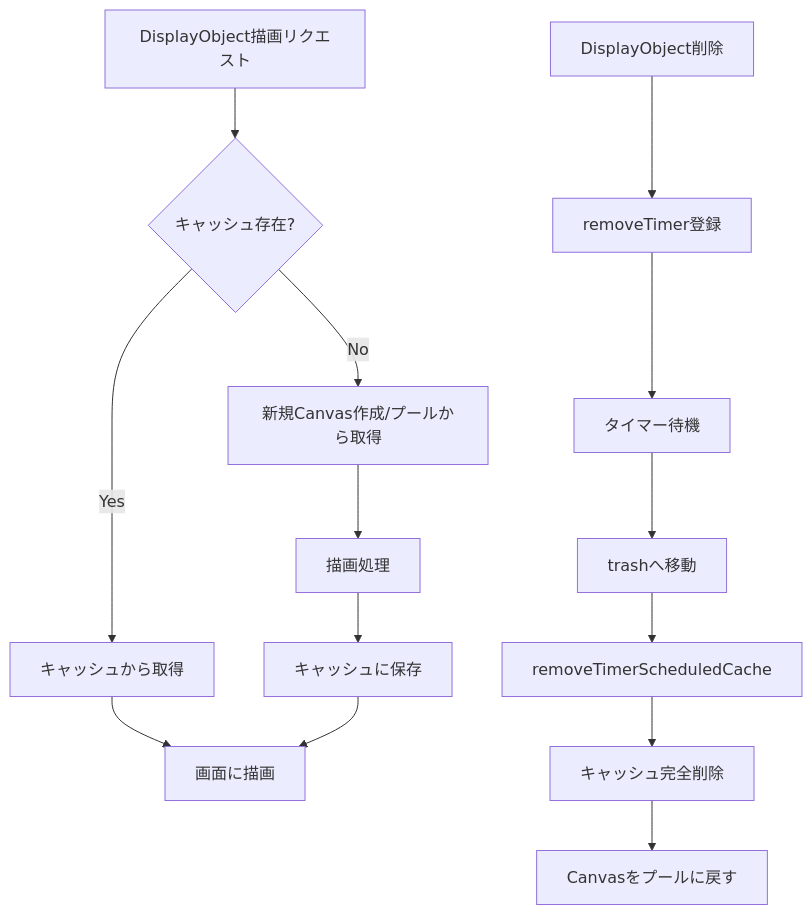
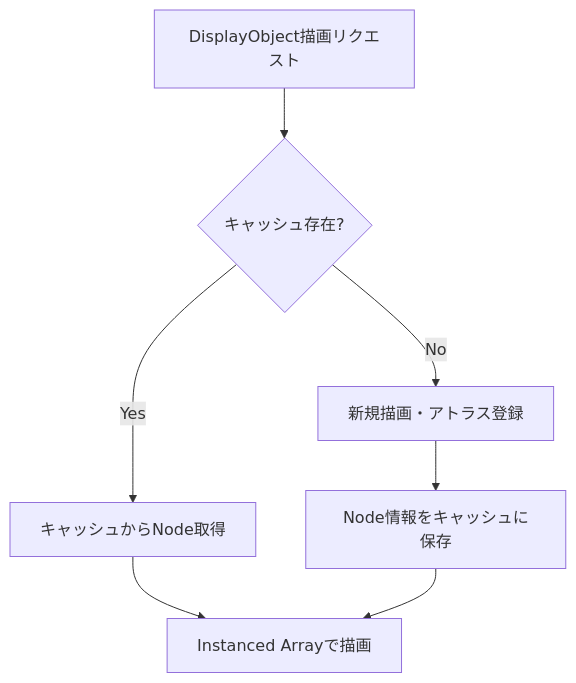
One commit to Next2D/player changed the third of 5 diagrams in packages/cache/README.md. Above: the diagram before and after it, drawn with Mermaid. The commit also changed other lines of this file, not shown here.

````diff
--- a/packages/cache/README.md
+++ b/packages/cache/README.md
@@ -69,17 +114,9 @@
 ```mermaid
 flowchart TD
     A[DisplayObject描画リクエスト] --> B{キャッシュ存在?}
-    B -->|Yes| C[キャッシュから取得]
-    B -->|No| D[新規Canvas作成/プールから取得]
-    D --> E[描画処理]
-    E --> F[キャッシュに保存]
-    C --> G[画面に描画]
-    F --> G
-
-    H[DisplayObject削除] --> I[removeTimer登録]
-    I --> J[タイマー待機]
-    J --> K[trashへ移動]
-    K --> L[removeTimerScheduledCache]
-    L --> M[キャッシュ完全削除]
-    M --> N[Canvasをプールに戻す]
+    B -->|Yes| C[キャッシュからNode取得]
+    B -->|No| D[新規描画・アトラス登録]
+    D --> E[Node情報をキャッシュに保存]
+    C --> G[Instanced Arrayで描画]
+    E --> G
 ```
````
